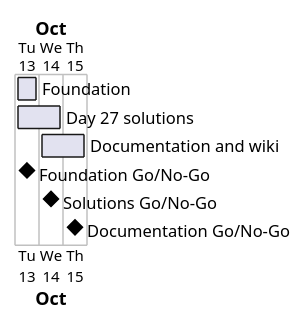
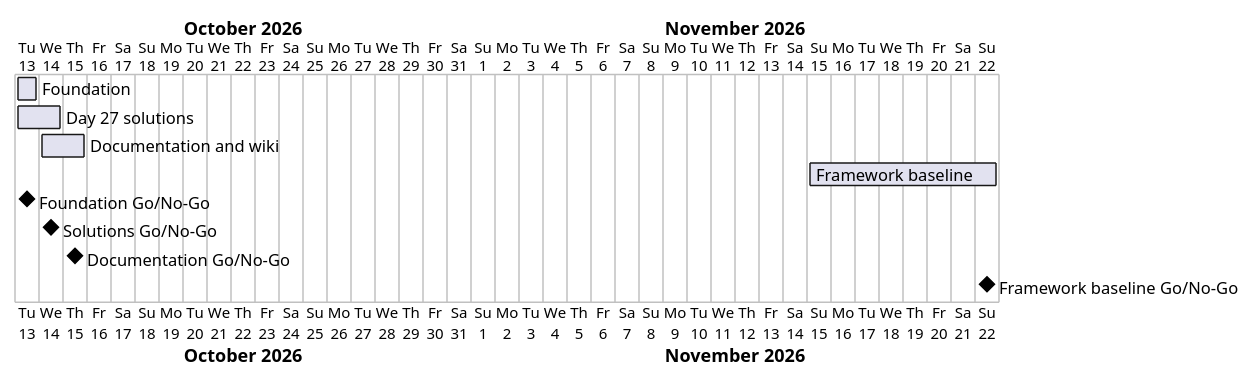
One commit to Tirsvad-Udemy-100-days-of-code/027-sandbox changed the diagram in docs/project-plan.md. Above: the diagram before and after it, drawn with PlantUML. The commit also changed other lines of this file and 42 other files, not shown here.

First line of the commit message:
Bring the project to the framework baseline (MIL-004)

````diff
--- a/docs/project-plan.md
+++ b/docs/project-plan.md
@@ -37,11 +41,13 @@
 ```plantuml
 @startgantt
 Project starts 2026-10-13
 [Foundation] starts 2026-10-13 and ends 2026-10-13
 [Day 27 solutions] starts 2026-10-13 and ends 2026-10-14
 [Documentation and wiki] starts 2026-10-14 and ends 2026-10-15
+[Framework baseline] starts 2026-11-15 and ends 2026-11-22
 [Foundation Go/No-Go] happens 2026-10-13
 [Solutions Go/No-Go] happens 2026-10-14
 [Documentation Go/No-Go] happens 2026-10-15
+[Framework baseline Go/No-Go] happens 2026-11-22
 @endgantt
 ```
````
